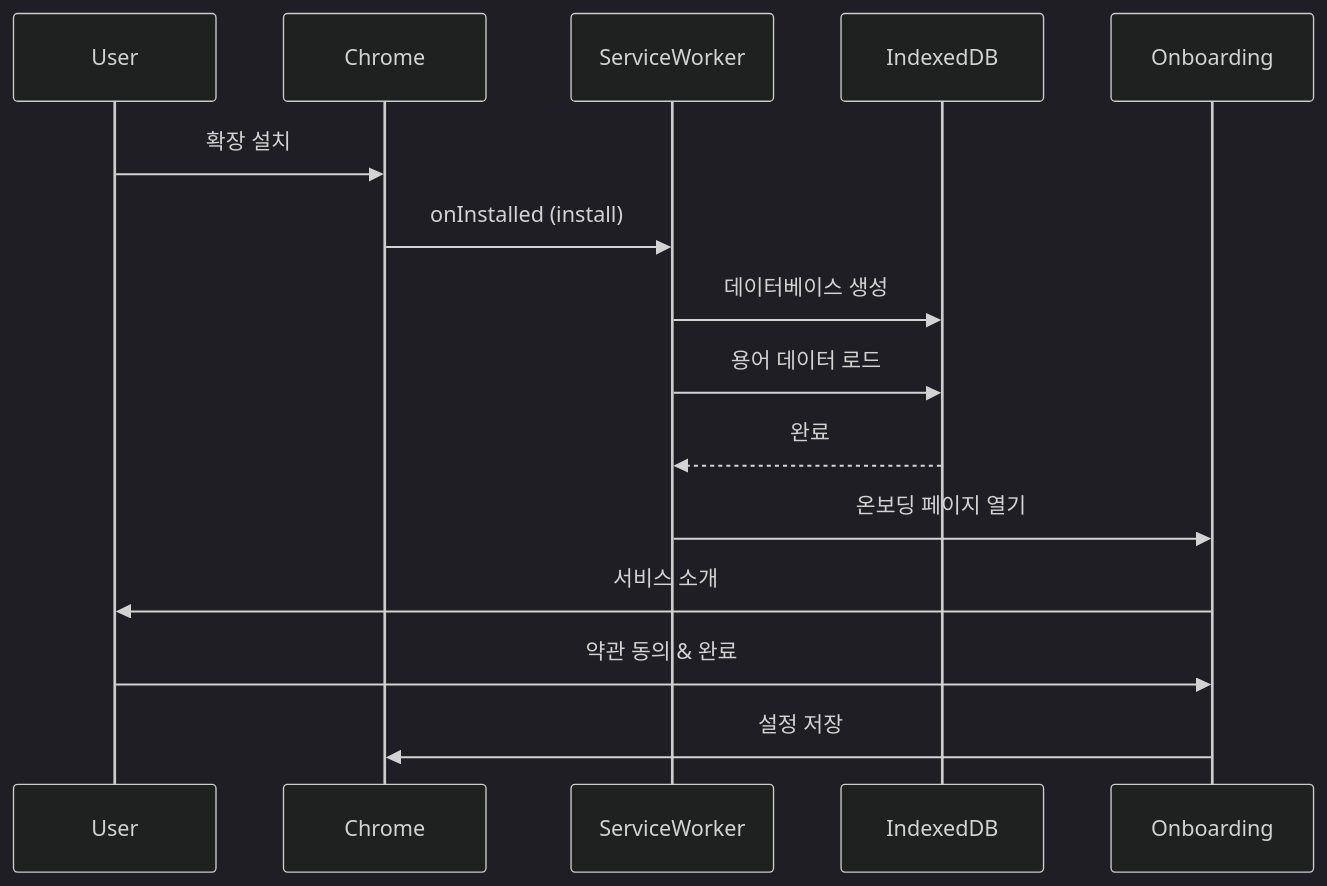
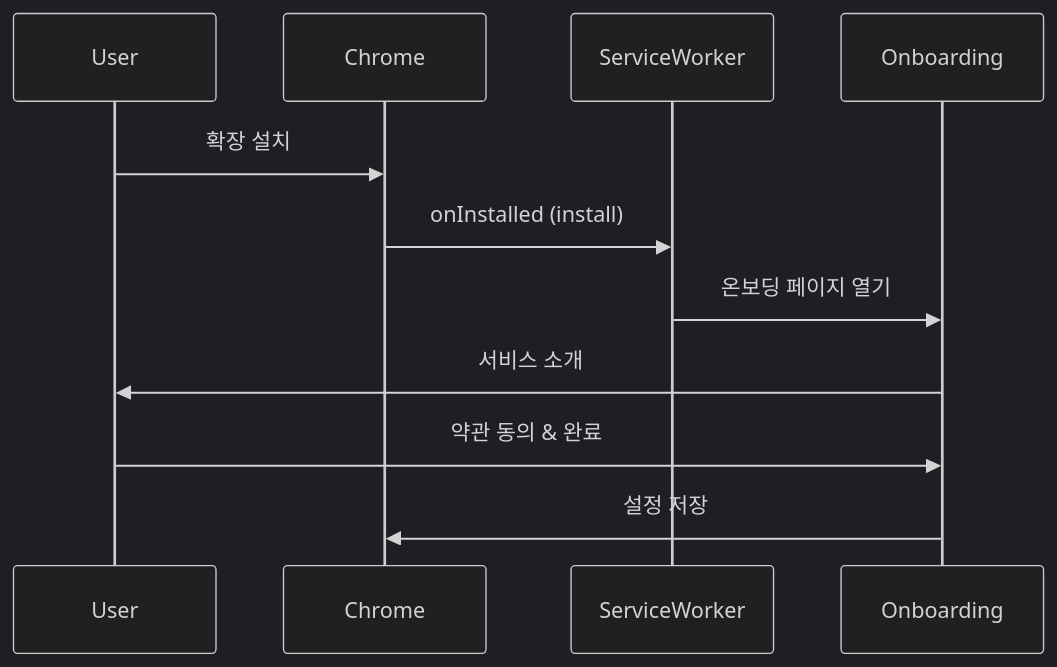
One commit to wrtn-edu-swu-bootcamp/project_4 changed the second of 5 diagrams in docs/코드_아키텍처.md. Above: the diagram before and after it, drawn with Mermaid (dark theme). The commit also changed other lines of this file and 37 other files, not shown here.

````diff
--- a/docs/코드_아키텍처.md
+++ b/docs/코드_아키텍처.md
@@ -677,18 +652,14 @@
 ```mermaid
 sequenceDiagram
     participant User
     participant Chrome
     participant ServiceWorker
-    participant IndexedDB
     participant Onboarding
     
     User->>Chrome: 확장 설치
     Chrome->>ServiceWorker: onInstalled (install)
-    ServiceWorker->>IndexedDB: 데이터베이스 생성
-    ServiceWorker->>IndexedDB: 용어 데이터 로드
-    IndexedDB-->>ServiceWorker: 완료
     ServiceWorker->>Onboarding: 온보딩 페이지 열기
     Onboarding->>User: 서비스 소개
     User->>Onboarding: 약관 동의 & 완료
     Onboarding->>Chrome: 설정 저장
 ```
````
